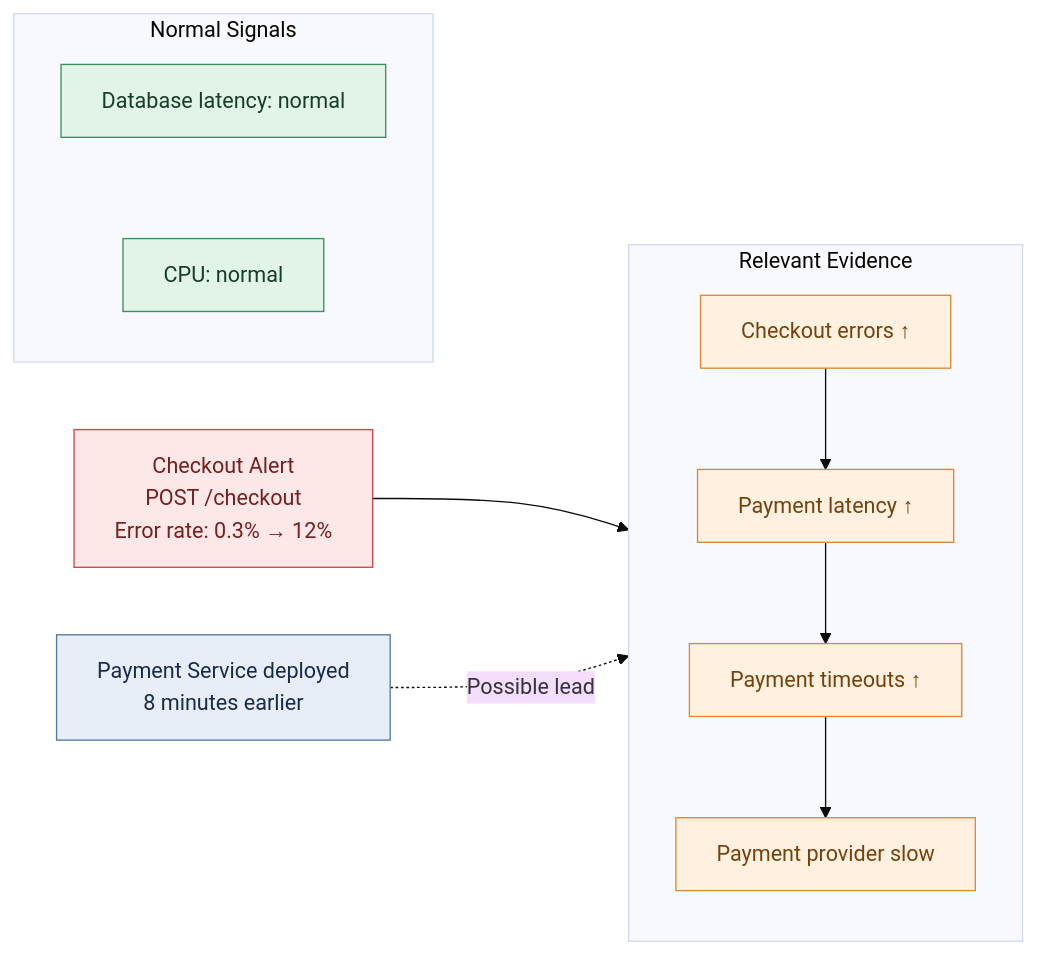
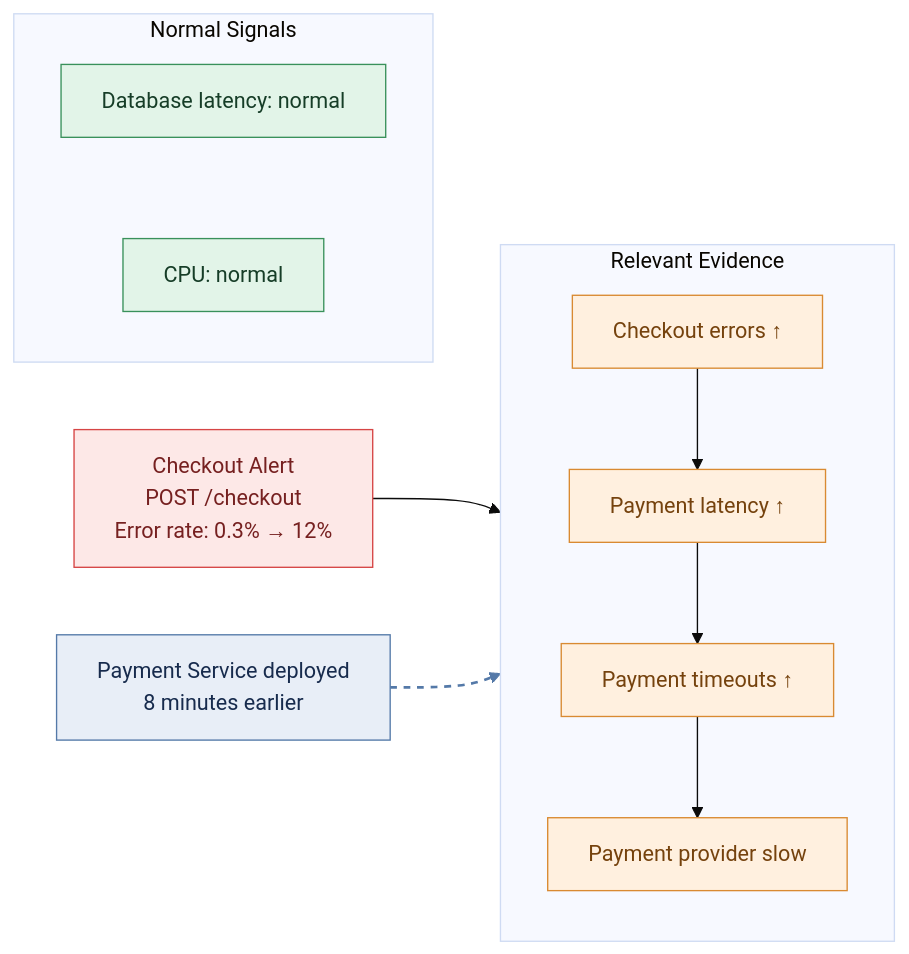
The third of 5 diagrams in README.md (TechieWebAI/incident-investigation-research), drawn with Mermaid (base theme) before and after one commit. The commit also changed other lines of this file, not shown here.

````diff
--- a/README.md
+++ b/README.md
@@ -424,35 +419,37 @@
 ```mermaid
 flowchart LR
     A["Checkout Alert<br/>POST /checkout<br/>Error rate: 0.3% → 12%"]
 
     subgraph E["Relevant Evidence"]
         direction TB
         B["Checkout errors ↑"]
         C["Payment latency ↑"]
         D["Payment timeouts ↑"]
-        E1["Payment provider slow"]
-        B --> C --> D --> E1
+        P["Payment provider slow"]
+        B --> C --> D --> P
     end
 
     subgraph N["Normal Signals"]
         direction TB
         F["Database latency: normal"]
         G["CPU: normal"]
         F ~~~ G
     end
 
     H["Payment Service deployed<br/>8 minutes earlier"]
 
     A --> B
-    H -. "Possible lead" .-> C
+    H -.-> C
 
     classDef alert fill:#fde8e7,stroke:#d64545,color:#762020
     classDef abnormal fill:#fff0df,stroke:#d98a32,color:#75420d
     classDef normal fill:#e2f4e8,stroke:#39915b,color:#163d27
     classDef deployment fill:#e8eef7,stroke:#5479a8,color:#172b4d
 
     class A alert
-    class B,C,D,E1 abnormal
+    class B,C,D,P abnormal
     class F,G normal
     class H deployment
+
+    linkStyle 5 stroke:#5479a8,stroke-width:2px,stroke-dasharray:5 5
 ```
````
